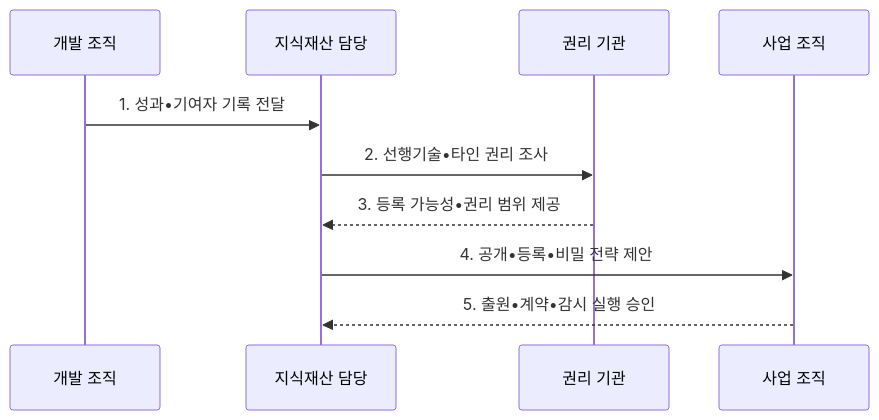
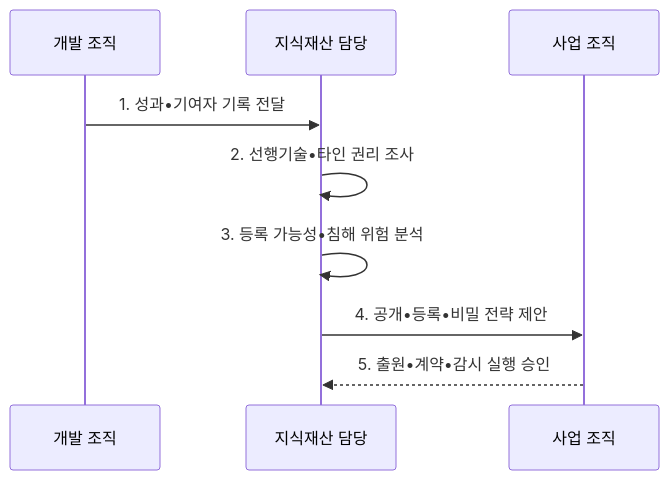
Before and after one commit to agnusdei1207/knowledge-base: the second of 2 diagrams in src/content/docs/notes/07-law-policy/040_intellectual_property_rights.md, drawn with Mermaid. The commit also changed other lines of this file and 20 other files, not shown here.

````diff
--- a/src/content/docs/notes/07-law-policy/040_intellectual_property_rights.md
+++ b/src/content/docs/notes/07-law-policy/040_intellectual_property_rights.md
@@ -107,12 +107,11 @@
 ```mermaid
 sequenceDiagram
     participant D as 개발 조직
     participant I as 지식재산 담당
-    participant R as 권리 기관
     participant B as 사업 조직
     D->>I: 1. 성과•기여자 기록 전달
-    I->>R: 2. 선행기술•타인 권리 조사
-    R-->>I: 3. 등록 가능성•권리 범위 제공
+    I->>I: 2. 선행기술•타인 권리 조사
+    I->>I: 3. 등록 가능성•침해 위험 분석
     I->>B: 4. 공개•등록•비밀 전략 제안
     B-->>I: 5. 출원•계약•감시 실행 승인
 ```
````
